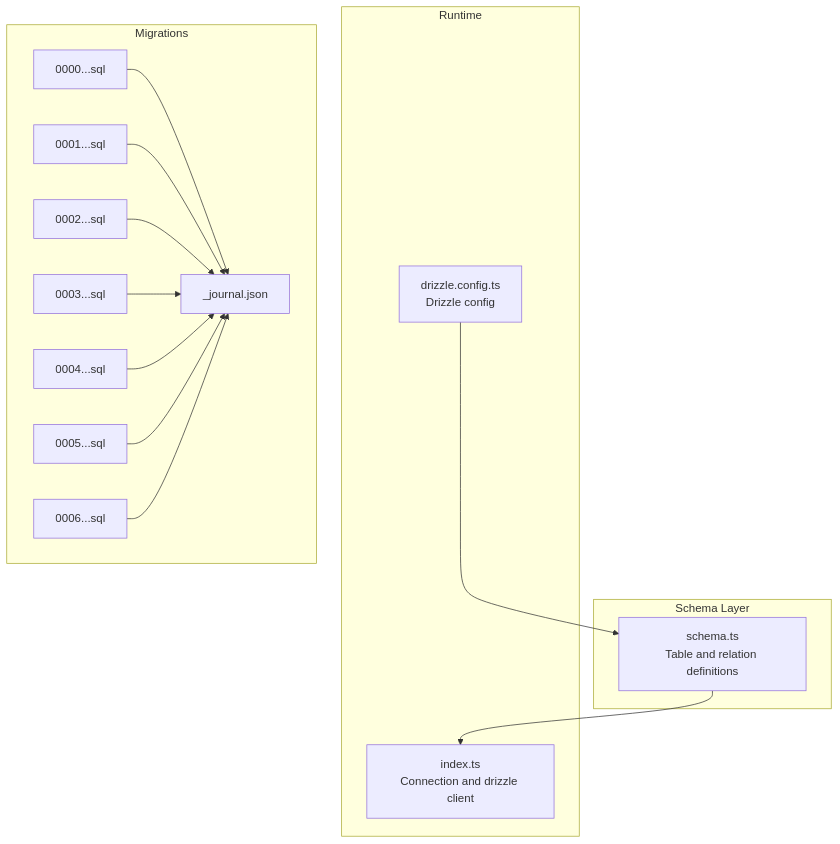
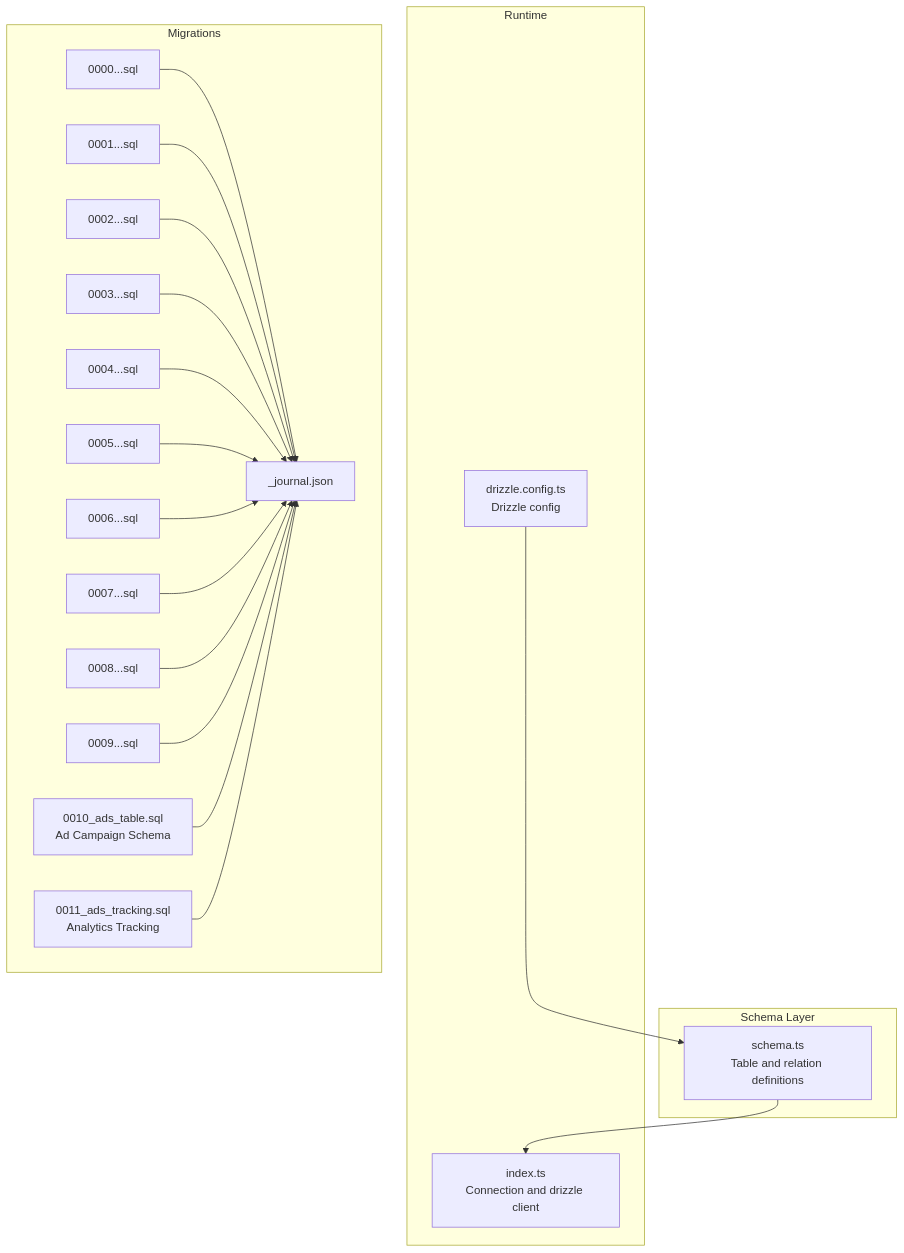
One commit to eromedrive2tb-gif/Avitrine changed the first of 4 diagrams in .qoder/repowiki/en/content/Database Design/Database Design.md. Above: the diagram before and after it, drawn with Mermaid. The commit also changed other lines of this file and 18 other files, not shown here.

````diff
--- a/.qoder/repowiki/en/content/Database Design/Database Design.md
+++ b/.qoder/repowiki/en/content/Database Design/Database Design.md
@@ -39,29 +53,39 @@
 ```mermaid
 graph TB
 subgraph "Schema Layer"
 S["schema.ts<br/>Table and relation definitions"]
 end
 subgraph "Runtime"
 C["index.ts<br/>Connection and drizzle client"]
 CFG["drizzle.config.ts<br/>Drizzle config"]
 end
 subgraph "Migrations"
 M0["0000...sql"]
 M1["0001...sql"]
 M2["0002...sql"]
 M3["0003...sql"]
 M4["0004...sql"]
 M5["0005...sql"]
 M6["0006...sql"]
+M7["0007...sql"]
+M8["0008...sql"]
+M9["0009...sql"]
+M10["0010_ads_table.sql<br/>Ad Campaign Schema"]
+M11["0011_ads_tracking.sql<br/>Analytics Tracking"]
 J["_journal.json"]
 end
 S --> C
 CFG --> S
 M0 --> J
 M1 --> J
 M2 --> J
 M3 --> J
 M4 --> J
 M5 --> J
 M6 --> J
+M7 --> J
+M8 --> J
+M9 --> J
+M10 --> J
+M11 --> J
 ```
````
